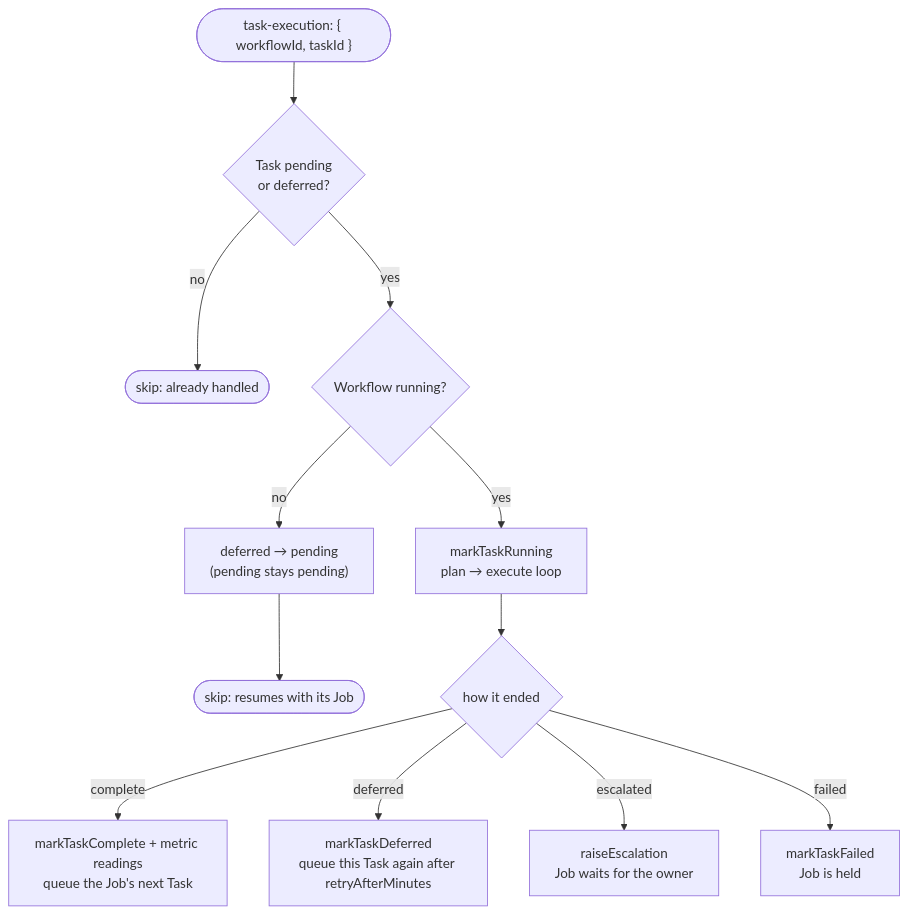
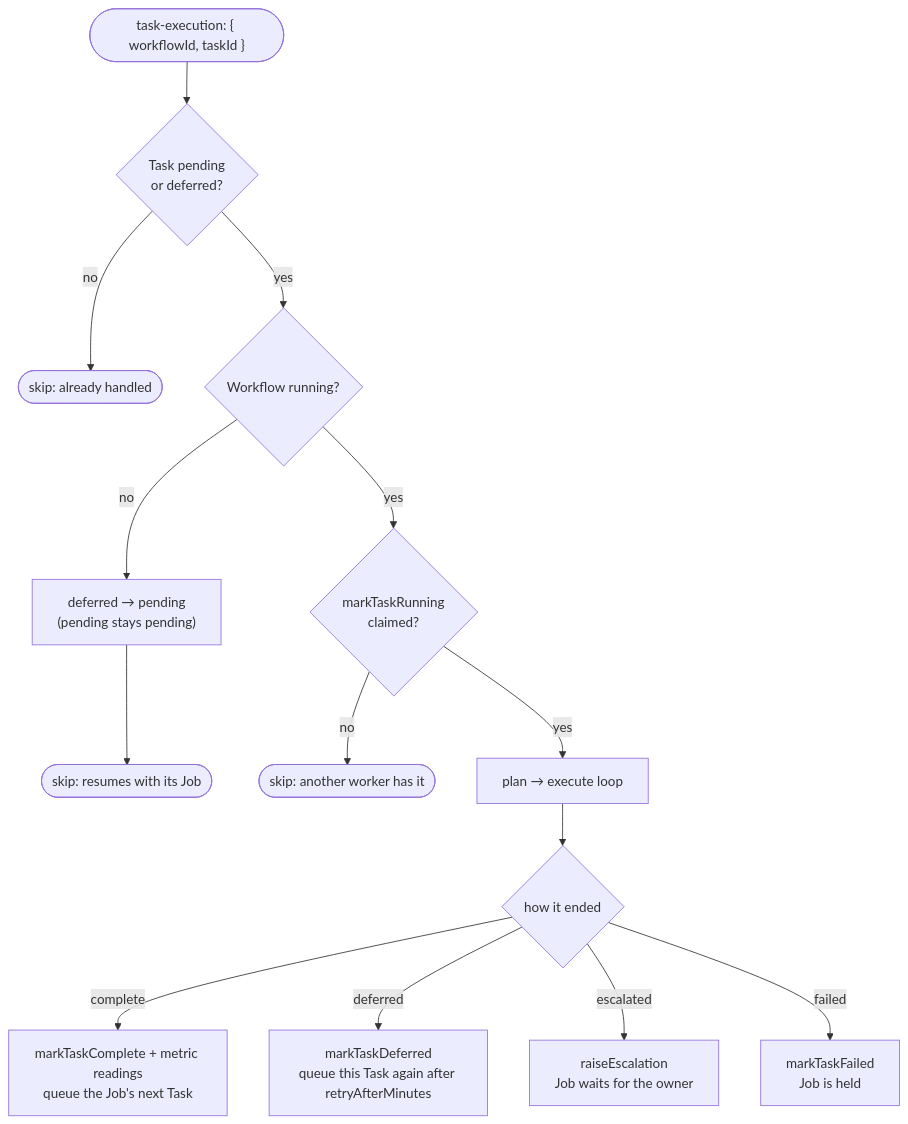
Before and after one commit to BaraaSoft/agentcores: the fourth of 4 diagrams in packages/backend/src/governance/processors/tech-spec.md, drawn with Mermaid. The commit also changed other lines of this file and 15 other files, not shown here.

````diff
--- a/packages/backend/src/governance/processors/tech-spec.md
+++ b/packages/backend/src/governance/processors/tech-spec.md
@@ -172,13 +172,15 @@
 ```mermaid
 flowchart TD
     Start(["task-execution: { workflowId, taskId }"]) --> Status{"Task pending<br/>or deferred?"}
     Status -- no --> Skip(["skip: already handled"])
     Status -- yes --> Running{"Workflow running?"}
     Running -- no --> Paused["deferred → pending<br/>(pending stays pending)"] --> Skip2(["skip: resumes with its Job"])
-    Running -- yes --> Loop["markTaskRunning<br/>plan → execute loop"]
+    Running -- yes --> Claim{"markTaskRunning<br/>claimed?"}
+    Claim -- no --> Skip3(["skip: another worker has it"])
+    Claim -- yes --> Loop["plan → execute loop"]
     Loop --> End{"how it ended"}
     End -- complete --> C["markTaskComplete + metric readings<br/>queue the Job's next Task"]
     End -- deferred --> D["markTaskDeferred<br/>queue this Task again after retryAfterMinutes"]
     End -- escalated --> E["raiseEscalation<br/>Job waits for the owner"]
     End -- failed --> F["markTaskFailed<br/>Job is held"]
 ```
````
